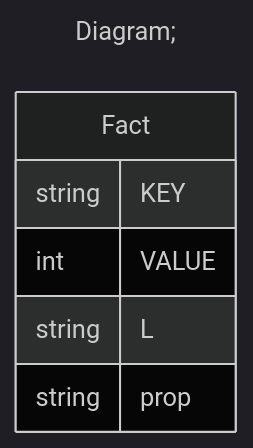
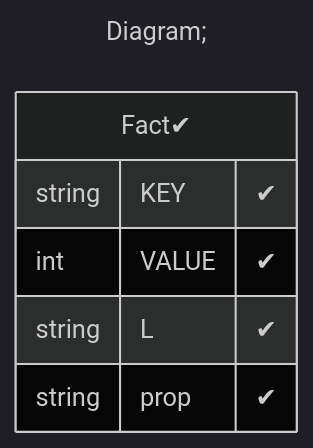
One commit to xmla-services/workground changed the third of 3 diagrams in demo/server/catalogs/tutorial_01-08_1_Cube_with_cub_dimension_with_level_with_property/README.MD. Above: the diagram before and after it, drawn with Mermaid (dark theme). The commit also changed 44 other files, not shown here.

Commit message:
tutorials. add flags (positive, negative) in database diagram Signed-off-by: dbulahov <bulahovdenis@gmail.com>

````diff
--- a/demo/server/catalogs/tutorial_01-08_1_Cube_with_cub_dimension_with_level_with_property/README.MD
+++ b/demo/server/catalogs/tutorial_01-08_1_Cube_with_cub_dimension_with_level_with_property/README.MD
@@ -97,13 +97,13 @@
 ```mermaid
 ---
 title: Diagram;
 ---
 erDiagram
-Fact{
-string KEY
-int VALUE
-string L
-string prop
+"Fact✔"{
+string KEY "✔"
+int VALUE "✔"
+string L "✔"
+string prop "✔"
 }
 
 ```
````
